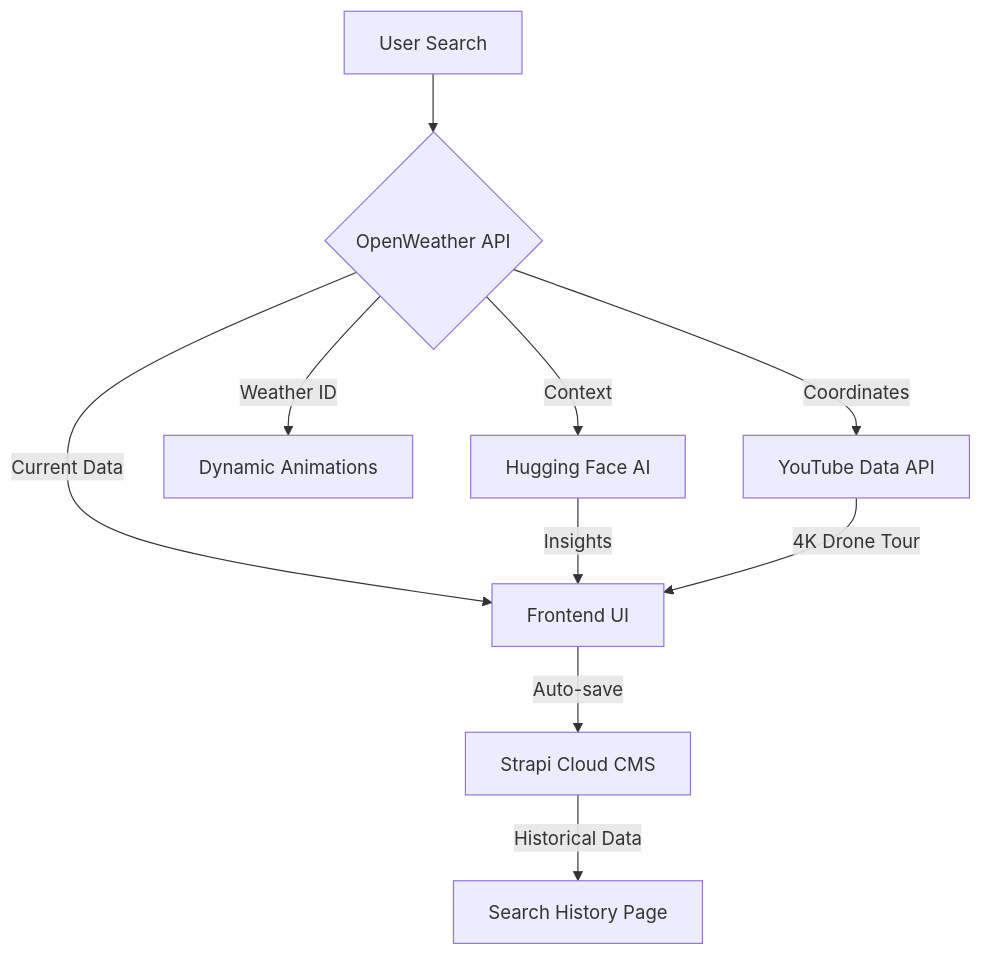
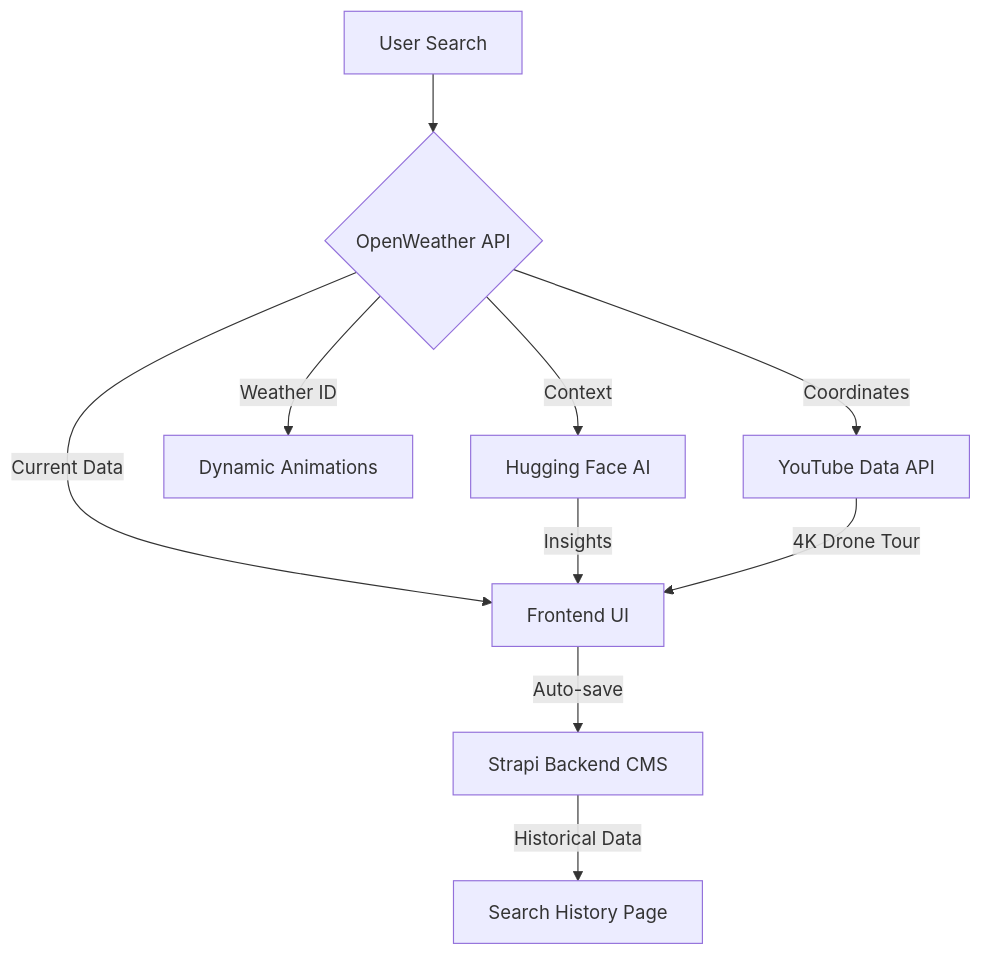
Before and after one commit to Kayke-Queiroz/SmartWeather: the diagram in README.md, drawn with Mermaid. The commit also changed other lines of this file and 6 other files, not shown here.

````diff
--- a/README.md
+++ b/README.md
@@ -38,12 +51,12 @@
 ```mermaid
 graph TD
     A[User Search] --> B{OpenWeather API}
     B -->|Current Data| C[Frontend UI]
     B -->|Coordinates| D[YouTube Data API]
     B -->|Weather ID| E[Dynamic Animations]
-    C -->|Auto-save| F[Strapi Cloud CMS]
+    C -->|Auto-save| F[Strapi Backend CMS]
     F -->|Historical Data| G[Search History Page]
     B -->|Context| H[Hugging Face AI]
     H -->|Insights| C
     D -->|4K Drone Tour| C
 ```
````
